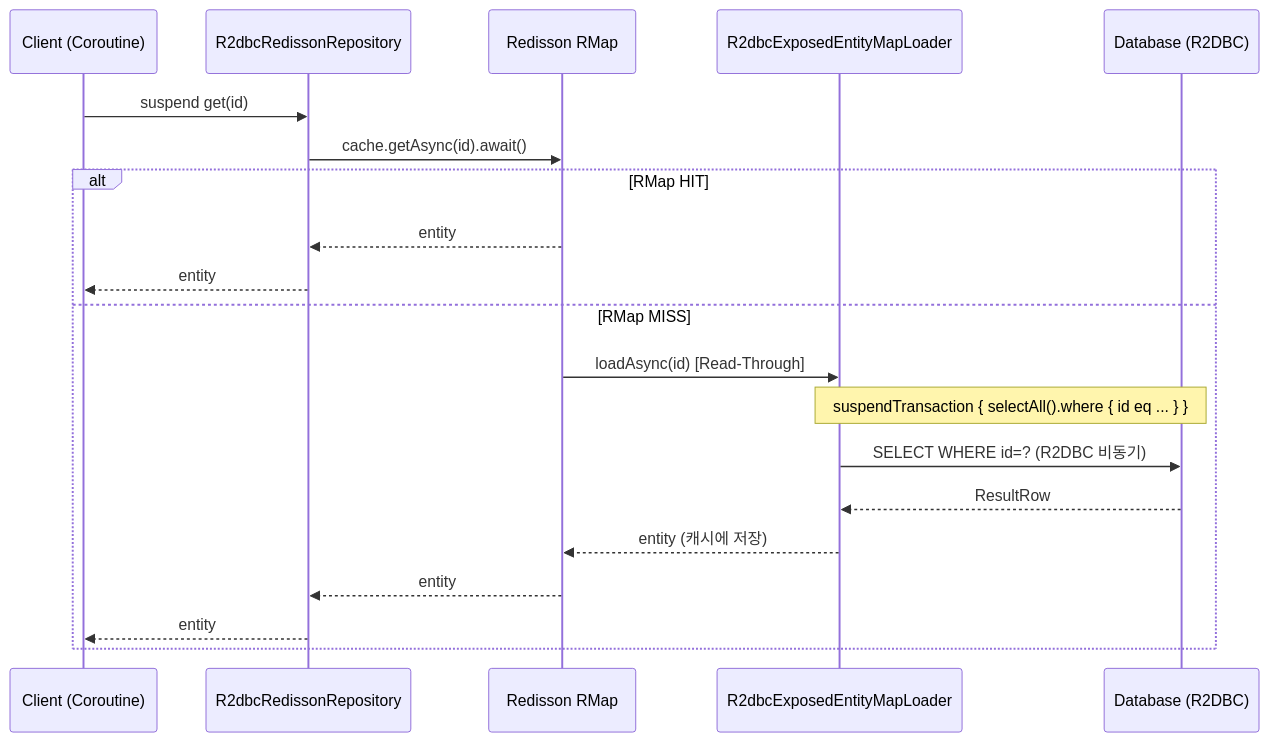
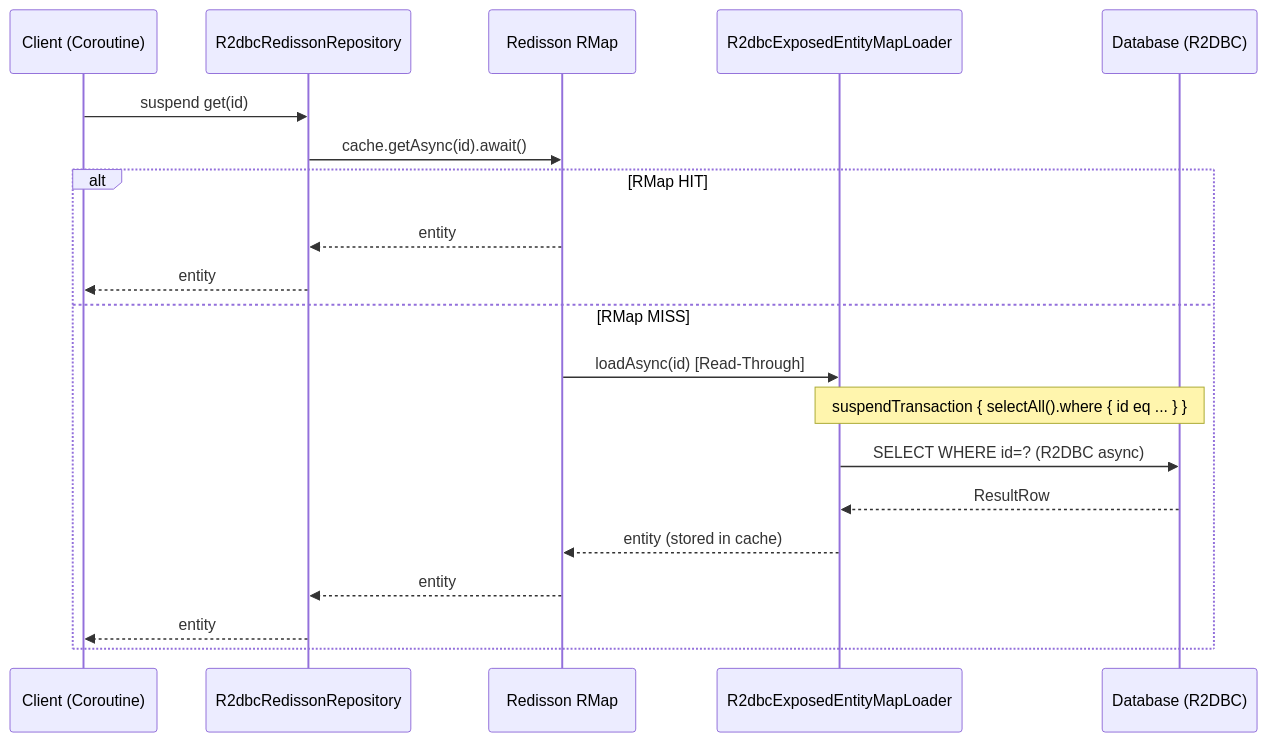
Before and after one commit to bluetape4k/bluetape4k-projects: the third of 5 diagrams in data/exposed-r2dbc-redisson/README.md, drawn with Mermaid. The commit also changed other lines of this file and 265 other files, not shown here.

````diff
--- a/data/exposed-r2dbc-redisson/README.md
+++ b/data/exposed-r2dbc-redisson/README.md
@@ -231,22 +231,22 @@
 ```mermaid
 sequenceDiagram
     participant Client as Client (Coroutine)
     participant Repo as R2dbcRedissonRepository
     participant RMap as Redisson RMap
     participant Loader as R2dbcExposedEntityMapLoader
     participant DB as Database (R2DBC)
     Client ->> Repo: suspend get(id)
     Repo ->> RMap: cache.getAsync(id).await()
     alt RMap HIT
         RMap -->> Repo: entity
         Repo -->> Client: entity
     else RMap MISS
         RMap ->> Loader: loadAsync(id) [Read-Through]
         Note over Loader, DB: suspendTransaction { selectAll().where { id eq ... } }
-        Loader ->> DB: SELECT WHERE id=? (R2DBC 비동기)
+        Loader ->> DB: SELECT WHERE id=? (R2DBC async)
         DB -->> Loader: ResultRow
-        Loader -->> RMap: entity (캐시에 저장)
+        Loader -->> RMap: entity (stored in cache)
         RMap -->> Repo: entity
         Repo -->> Client: entity
     end
 ```
````
